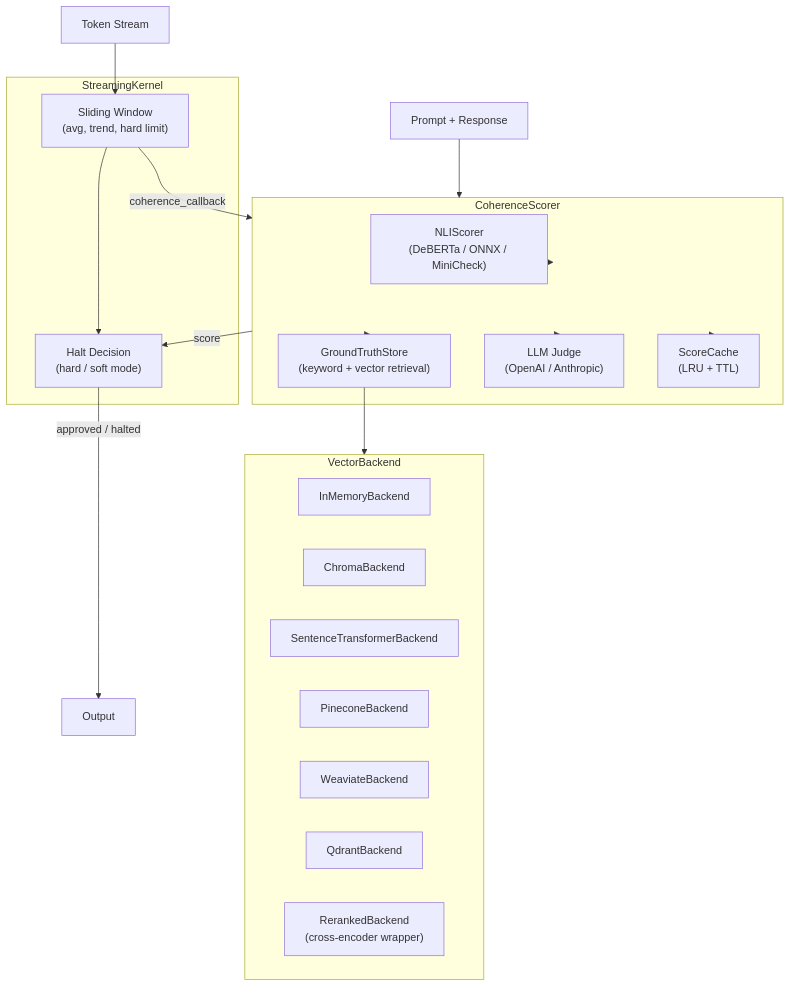
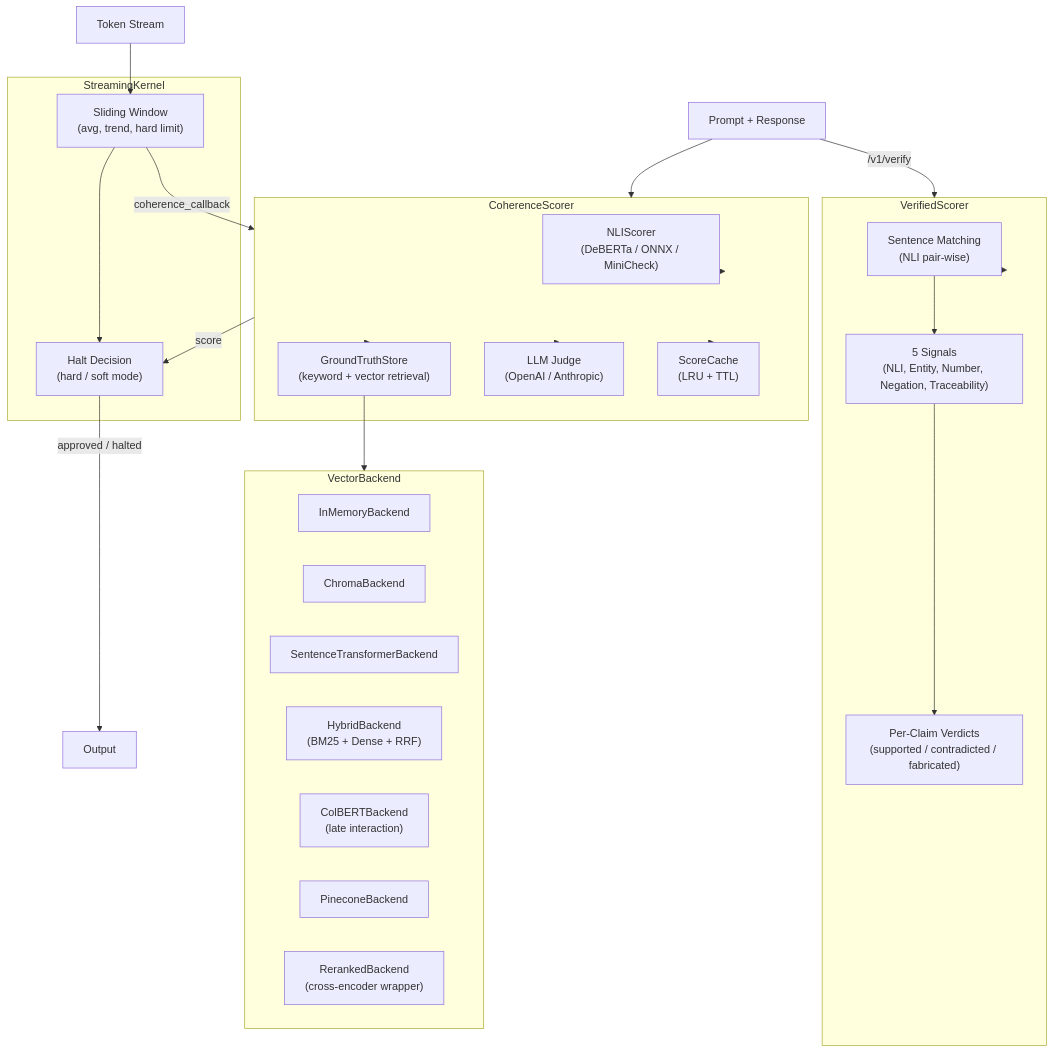
Before and after one commit to anulum/director-ai: the diagram in docs-site/guide/architecture.md, drawn with Mermaid.

Commit message:
Add VerifiedScorer, HybridBackend, ColBERT to architecture diagram

````diff
--- a/docs-site/guide/architecture.md
+++ b/docs-site/guide/architecture.md
@@ -5,36 +5,44 @@
 ```mermaid
 graph TD
     subgraph "CoherenceScorer"
         NLI["NLIScorer<br/>(DeBERTa / ONNX / MiniCheck)"]
         GTS["GroundTruthStore<br/>(keyword + vector retrieval)"]
         LLM["LLM Judge<br/>(OpenAI / Anthropic)"]
         Cache["ScoreCache<br/>(LRU + TTL)"]
     end
 
     subgraph "StreamingKernel"
         Window["Sliding Window<br/>(avg, trend, hard limit)"]
         Halt["Halt Decision<br/>(hard / soft mode)"]
     end
 
+    subgraph "VerifiedScorer"
+        SentMatch["Sentence Matching<br/>(NLI pair-wise)"]
+        Signals["5 Signals<br/>(NLI, Entity, Number, Negation, Traceability)"]
+        Verdicts["Per-Claim Verdicts<br/>(supported / contradicted / fabricated)"]
+    end
+
     subgraph "VectorBackend"
         IMB["InMemoryBackend"]
         Chroma["ChromaBackend"]
         ST["SentenceTransformerBackend"]
+        Hybrid["HybridBackend<br/>(BM25 + Dense + RRF)"]
+        ColBERT["ColBERTBackend<br/>(late interaction)"]
         Pinecone["PineconeBackend"]
-        Weaviate["WeaviateBackend"]
-        Qdrant["QdrantBackend"]
         Reranker["RerankedBackend<br/>(cross-encoder wrapper)"]
     end
 
     Prompt["Prompt + Response"] --> CoherenceScorer
+    Prompt --> |"/v1/verify"| VerifiedScorer
+    VerifiedScorer --> SentMatch --> Signals --> Verdicts
     CoherenceScorer --> NLI
     CoherenceScorer --> GTS
     CoherenceScorer --> LLM
     CoherenceScorer --> Cache
     GTS --> VectorBackend
     CoherenceScorer --> |score| Halt
     TokenStream["Token Stream"] --> Window
     Window --> |coherence_callback| CoherenceScorer
     Window --> Halt
     Halt --> |approved / halted| Output["Output"]
 ```
````
